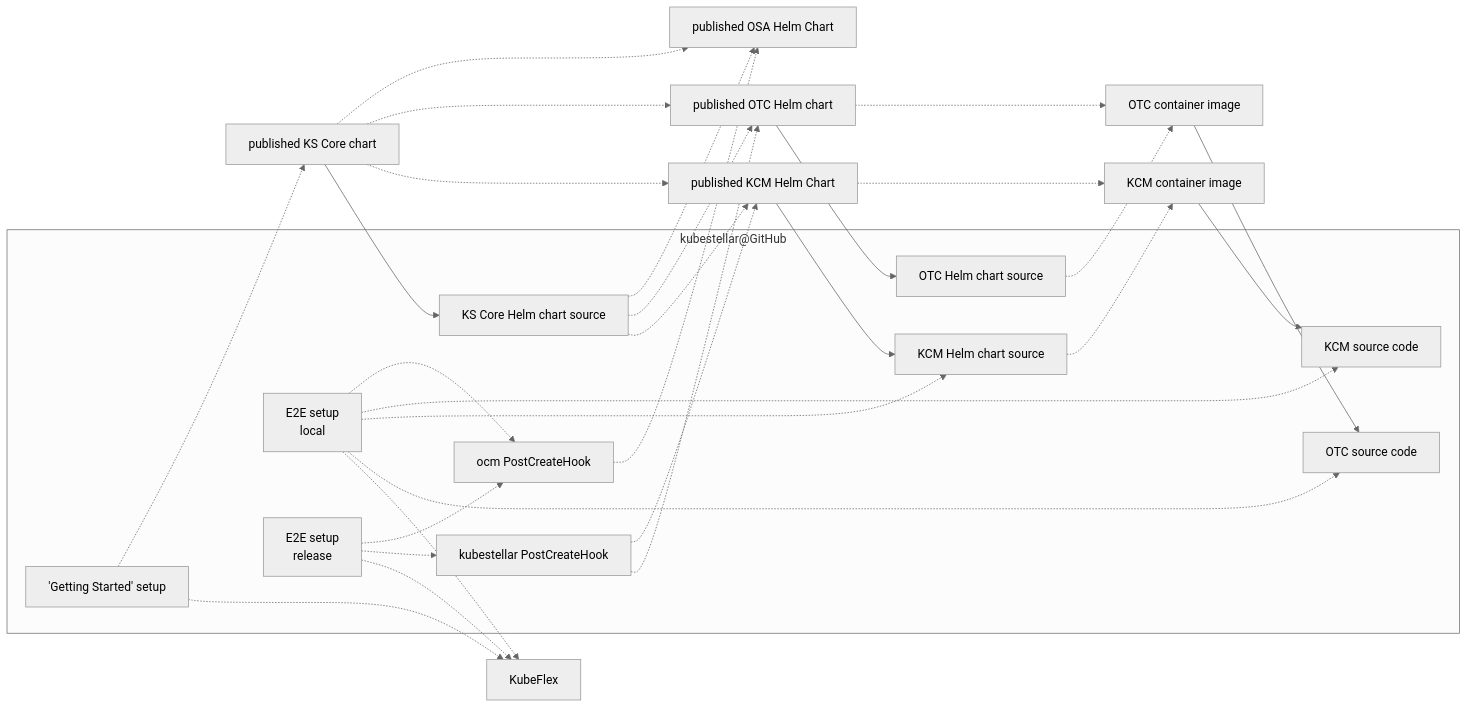
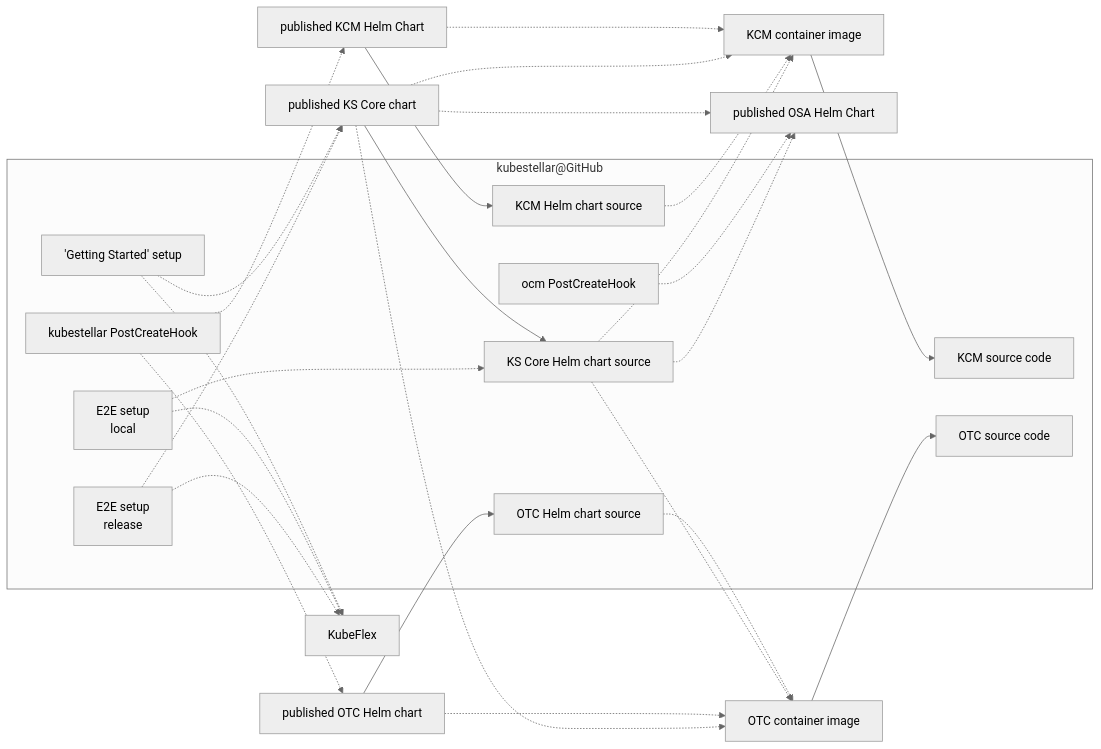
One commit to kubestellar/kubestellar changed the third of 5 diagrams in docs/content/direct/packaging.md. Above: the diagram before and after it, drawn with Mermaid (neutral theme). The commit also changed other lines of this file and 1 other file, not shown here.

Commit message:
Start updating packaging.md for chart inlining

````diff
--- a/docs/content/direct/packaging.md
+++ b/docs/content/direct/packaging.md
@@ -83,45 +83,41 @@
 ```mermaid
 flowchart LR
     osa_hc_repo[published OSA Helm Chart]
     subgraph ks_repo["kubestellar@GitHub"]
     kcm_code[KCM source code]
     otc_code[OTC source code]
     kcm_hc_src[KCM Helm chart source]
     otc_hc_src[OTC Helm chart source]
     ksc_hc_src[KS Core Helm chart source]
     ks_pch[kubestellar PostCreateHook]
     ocm_pch["ocm PostCreateHook"]
     setup_ksc["'Getting Started' setup"]
     e2e_local["E2E setup<br>local"]
     e2e_release["E2E setup<br>release"]
     end
     ocm_pch -.-> osa_hc_repo
     kcm_ctr_image[KCM container image] --> kcm_code
     kcm_hc_repo[published KCM Helm Chart] --> kcm_hc_src
     kcm_hc_src -.-> kcm_ctr_image
     kcm_hc_repo -.-> kcm_ctr_image
     ks_pch -.-> kcm_hc_repo
     ks_pch -.-> otc_hc_repo[published OTC Helm chart]
     otc_ctr_image[OTC container image]
     otc_ctr_image --> otc_code
     otc_hc_src -.-> otc_ctr_image
     otc_hc_repo --> otc_hc_src
     otc_hc_repo -.-> otc_ctr_image
     ksc_hc_repo[published KS Core chart] --> ksc_hc_src
     ksc_hc_src -.-> osa_hc_repo
-    ksc_hc_src -.-> otc_hc_repo
-    ksc_hc_src -.-> kcm_hc_repo
+    ksc_hc_src -.-> otc_ctr_image
+    ksc_hc_src -.-> kcm_ctr_image
     ksc_hc_repo -.-> osa_hc_repo
-    ksc_hc_repo -.-> otc_hc_repo
-    ksc_hc_repo -.-> kcm_hc_repo
+    ksc_hc_repo -.-> otc_ctr_image
+    ksc_hc_repo -.-> kcm_ctr_image
     setup_ksc -.-> ksc_hc_repo
     setup_ksc -.-> KubeFlex
-    e2e_local -.-> ocm_pch
-    e2e_local -.-> kcm_code
-    e2e_local -.-> kcm_hc_src
-    e2e_local -.-> otc_code
+    e2e_local -.-> ksc_hc_src
     e2e_local -.-> KubeFlex
-    e2e_release -.-> ocm_pch
-    e2e_release -.-> ks_pch
+    e2e_release -.-> ksc_hc_repo
     e2e_release -.-> KubeFlex
 ```
````
